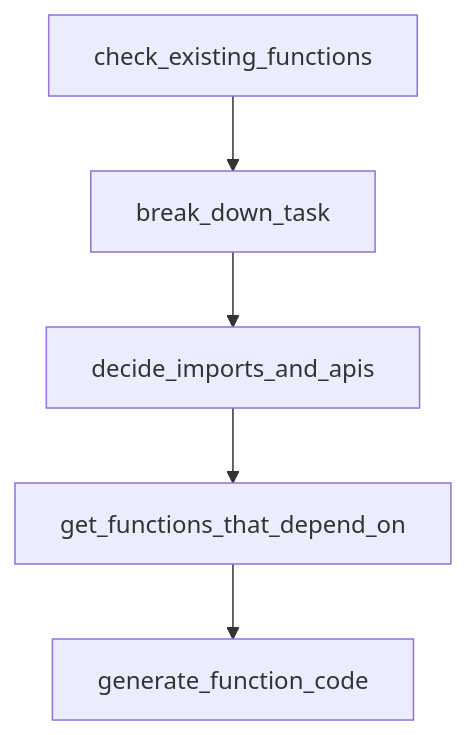
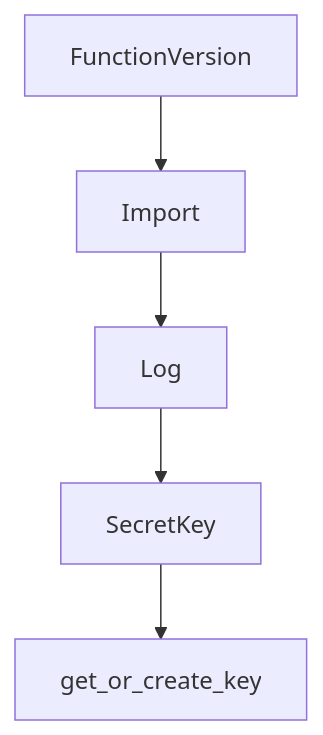
The diagram in tutorials/babyagi-tutorial/03-llm-backend-integration-and-configuration.md (johnxie/awesome-code-docs), drawn with Mermaid before and after one commit. The commit also changed other lines of this file and 1232 other files, not shown here.

````diff
--- a/tutorials/babyagi-tutorial/03-llm-backend-integration-and-configuration.md
+++ b/tutorials/babyagi-tutorial/03-llm-backend-integration-and-configuration.md
@@ -213,12 +205,12 @@
 ```mermaid
 flowchart TD
-    A[check_existing_functions]
-    B[break_down_task]
-    C[decide_imports_and_apis]
-    D[get_functions_that_depend_on]
-    E[generate_function_code]
+    A[FunctionVersion]
+    B[Import]
+    C[Log]
+    D[SecretKey]
+    E[get_or_create_key]
     A --> B
     B --> C
     C --> D
     D --> E
 ```
````
